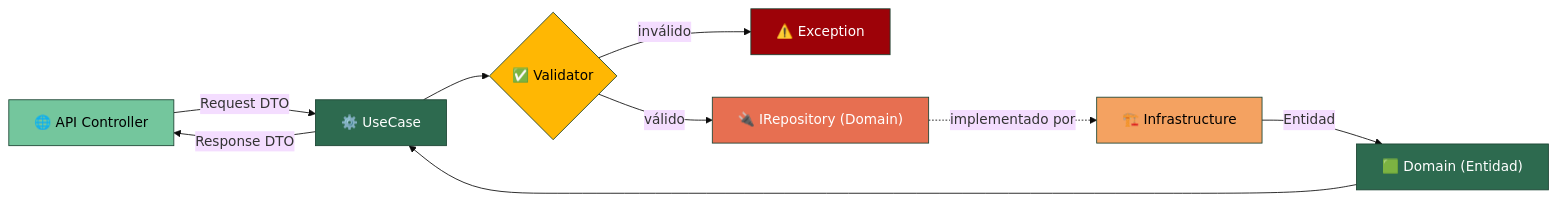
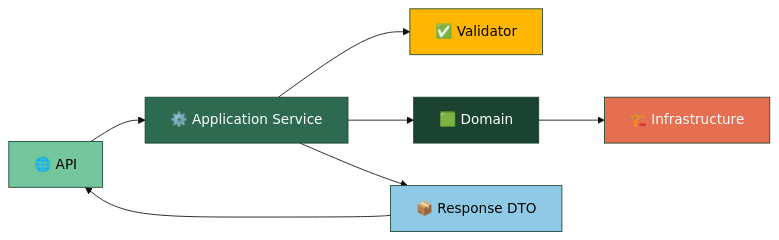
One commit to jhoncalleflores1035/precotex-backend-arquitectura changed the second of 2 diagrams in PrecotexProyecto/src/Precotex.Proyecto.Application/README.md. Above: the diagram before and after it, drawn with Mermaid (base theme). The commit also changed other lines of this file and 2 other files, not shown here.

Commit message:
Domain actualizado

````diff
--- a/PrecotexProyecto/src/Precotex.Proyecto.Application/README.md
+++ b/PrecotexProyecto/src/Precotex.Proyecto.Application/README.md
@@ -36,19 +50,16 @@
 ```mermaid
 flowchart LR
-    A["🌐 API Controller"] -->|"Request DTO"| B["⚙️ UseCase"]
-    B --> C{"✅ Validator"}
-    C -->|inválido| X["⚠️ Exception"]
-    C -->|válido| D["🔌 IRepository (Domain)"]
-    D -.implementado por.-> E["🏗️ Infrastructure"]
-    E -->|"Entidad"| F["🟩 Domain (Entidad)"]
-    F --> B
-    B -->|"Response DTO"| A
+    A["🌐 API"] --> B["⚙️ Application Service"]
+    B --> V["✅ Validator"]
+    B --> D["🟩 Domain"]
+    D --> I["🏗️ Infrastructure"]
+    B --> R["📦 Response DTO"]
+    R --> A
 
     style A fill:#74c69d,stroke:#1b4332,color:#000
     style B fill:#2d6a4f,stroke:#1b4332,color:#fff
-    style C fill:#ffb703,stroke:#1b4332,color:#000
-    style X fill:#9d0208,stroke:#1b4332,color:#fff
-    style D fill:#e76f51,stroke:#1b4332,color:#fff
-    style E fill:#f4a261,stroke:#1b4332,color:#000
-    style F fill:#2d6a4f,stroke:#1b4332,color:#fff
+    style V fill:#ffb703,stroke:#1b4332,color:#000
+    style D fill:#1b4332,stroke:#1b4332,color:#fff
+    style I fill:#e76f51,stroke:#1b4332,color:#fff
+    style R fill:#8ecae6,stroke:#1b4332,color:#000
 ```
````
